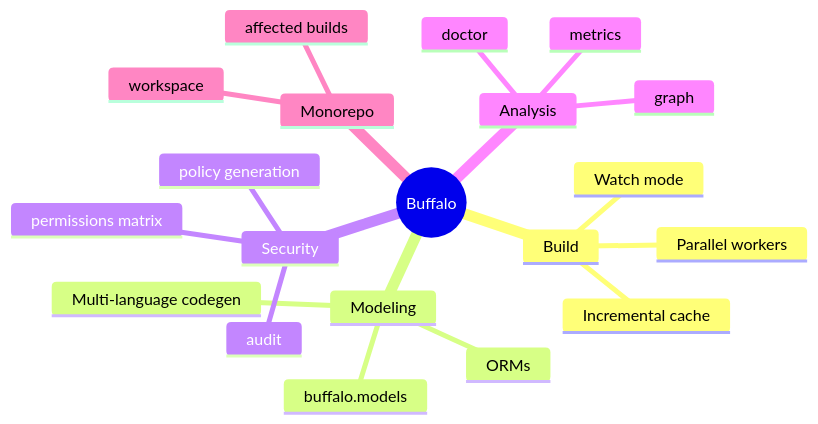
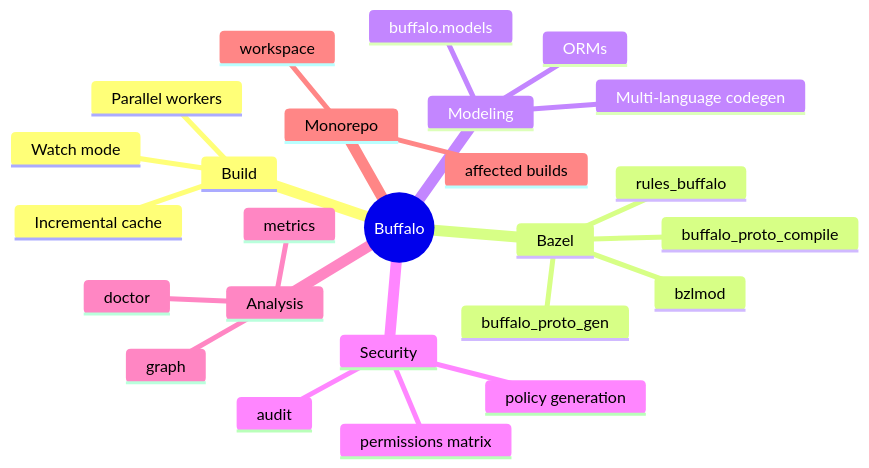
One commit to massonsky/buffalo changed the second of 2 diagrams in README.md. Above: the diagram before and after it, drawn with Mermaid. The commit also changed other lines of this file, not shown here.

First line of the commit message:
docs(readme): add Bazel integration section and update version badge

````diff
--- a/README.md
+++ b/README.md
@@ -57,23 +69,28 @@
 ```mermaid
 mindmap
   root((Buffalo))
     Build
       Incremental cache
       Parallel workers
       Watch mode
+    Bazel
+      rules_buffalo
+      buffalo_proto_compile
+      buffalo_proto_gen
+      bzlmod
     Modeling
       buffalo.models
       ORMs
       Multi-language codegen
     Security
       permissions matrix
       audit
       policy generation
     Analysis
       graph
       metrics
       doctor
     Monorepo
       workspace
       affected builds
 ```
````
